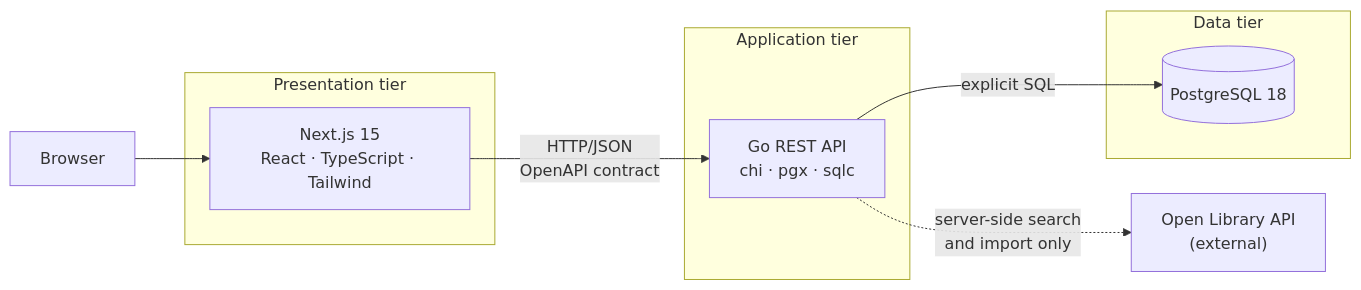
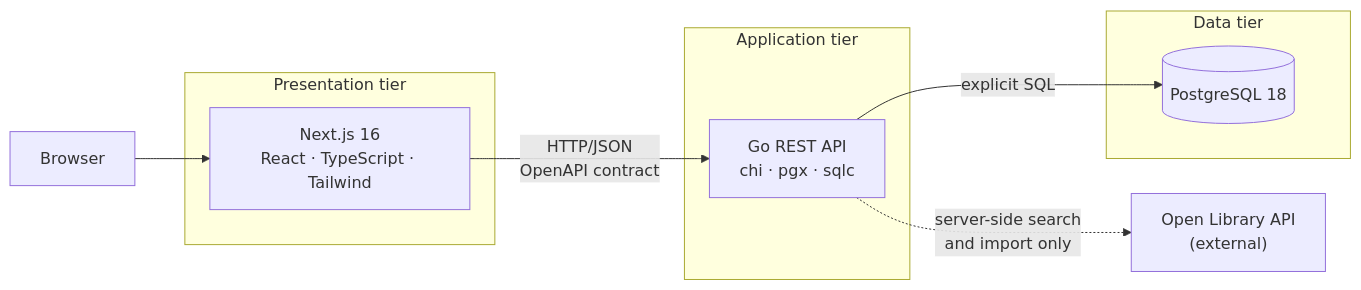
One commit to SunnyKikiSJSU/CMPE_180B_Project changed the diagram in Team_Project/README.md. Above: the diagram before and after it, drawn with Mermaid. The commit also changed 9 other files, not shown here.

````diff
--- a/Team_Project/README.md
+++ b/Team_Project/README.md
@@ -23,23 +23,23 @@
 ```mermaid
 flowchart LR
     Browser[Browser]
 
     subgraph Presentation [Presentation tier]
-        Web["Next.js 15<br/>React · TypeScript · Tailwind"]
+        Web["Next.js 16<br/>React · TypeScript · Tailwind"]
     end
 
     subgraph Application [Application tier]
         API["Go REST API<br/>chi · pgx · sqlc"]
     end
 
     subgraph Data [Data tier]
         DB[(PostgreSQL 18)]
     end
 
     OpenLibrary["Open Library API<br/>(external)"]
 
     Browser --> Web
     Web -->|"HTTP/JSON<br/>OpenAPI contract"| API
     API -->|"explicit SQL"| DB
     API -.->|"server-side search<br/>and import only"| OpenLibrary
 ```
````
